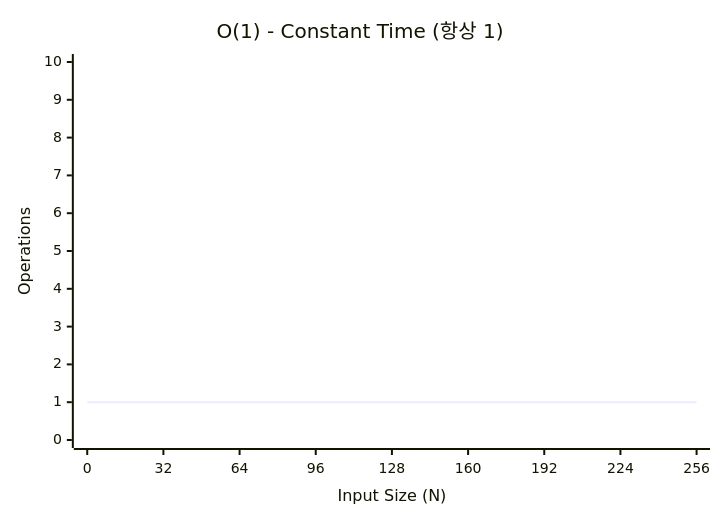
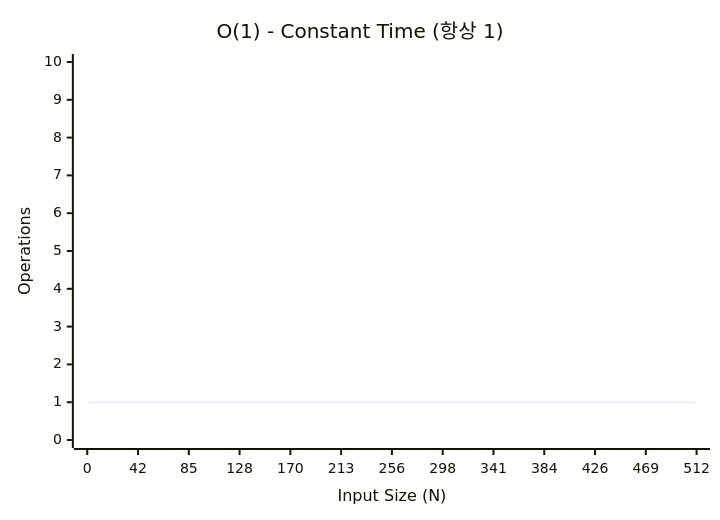
One commit to youngmin-gwon/what-i-studied changed the first of 6 diagrams in 01_inbox/algorithm/algo-complexity-and-big-o.md. Above: the diagram before and after it, drawn with Mermaid. The commit also changed other lines of this file, not shown here.

````diff
--- a/01_inbox/algorithm/algo-complexity-and-big-o.md
+++ b/01_inbox/algorithm/algo-complexity-and-big-o.md
@@ -52,7 +52,7 @@
 ```mermaid
 xychart-beta
     title "O(1) - Constant Time (항상 1)"
-    x-axis "Input Size (N)" [0, 32, 64, 96, 128, 160, 192, 224, 256]
+    x-axis "Input Size (N)" [0, 42, 85, 128, 170, 213, 256, 298, 341, 384, 426, 469, 512]
     y-axis "Operations" 0 --> 10
-    line "O(1)" [1, 1, 1, 1, 1, 1, 1, 1, 1]
+    line "O(1)" [1, 1, 1, 1, 1, 1, 1, 1, 1, 1, 1, 1, 1]
 ```
````
